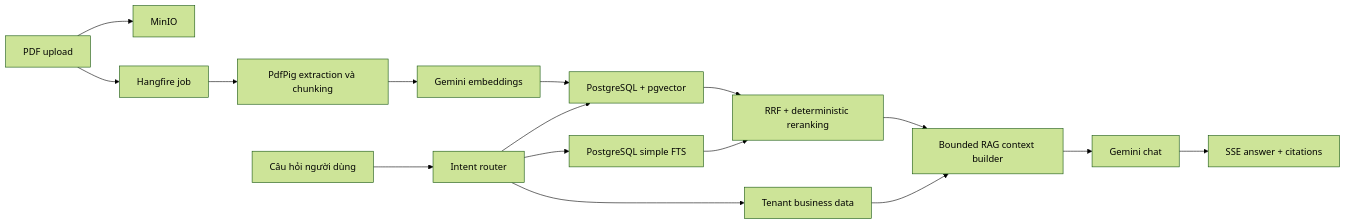
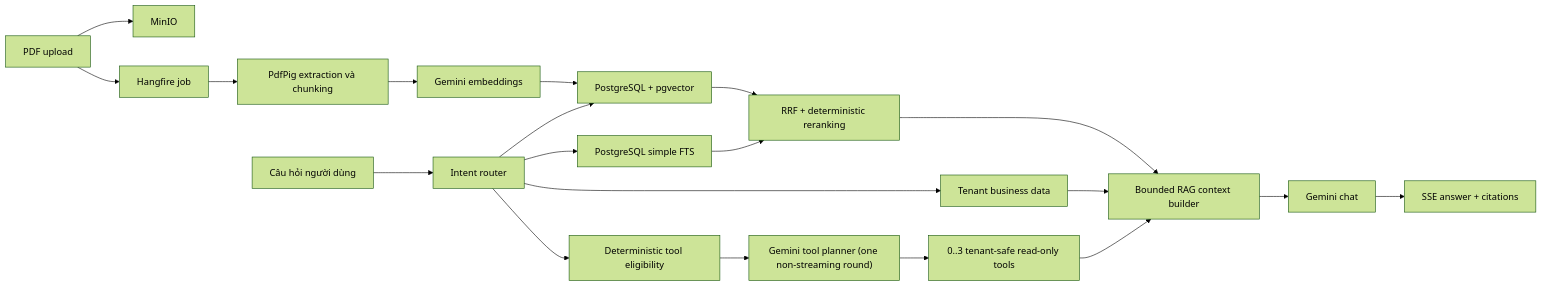
One commit to johnvo402/factory-mind changed the third of 5 diagrams in README.md. Above: the diagram before and after it, drawn with Mermaid (forest theme). The commit also changed other lines of this file and 24 other files, not shown here.

Commit message:
feat: add read-only manufacturing ai tools

````diff
--- a/README.md
+++ b/README.md
@@ -191,18 +191,22 @@
 ```mermaid
 flowchart LR
     PDF["PDF upload"] --> MinIO["MinIO"]
     PDF --> Job["Hangfire job"]
     Job --> Extract["PdfPig extraction và chunking"]
     Extract --> Embed["Gemini embeddings"]
     Embed --> Vector["PostgreSQL + pgvector"]
     Question["Câu hỏi người dùng"] --> Router["Intent router"]
+    Router --> Eligibility["Deterministic tool eligibility"]
+    Eligibility --> Planner["Gemini tool planner (one non-streaming round)"]
+    Planner --> Tools["0..3 tenant-safe read-only tools"]
     Router --> Vector
     Router --> Lexical["PostgreSQL simple FTS"]
     Router --> Business["Tenant business data"]
     Vector --> Fusion["RRF + deterministic reranking"]
     Lexical --> Fusion
     Fusion --> Context["Bounded RAG context builder"]
     Business --> Context
+    Tools --> Context
     Context --> Gemini["Gemini chat"]
     Gemini --> SSE["SSE answer + citations"]
 ```
````
